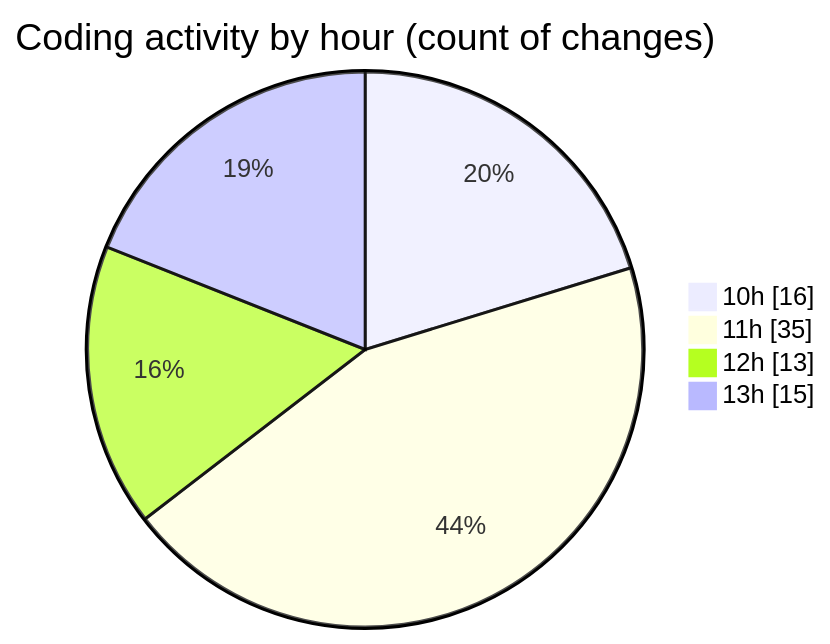
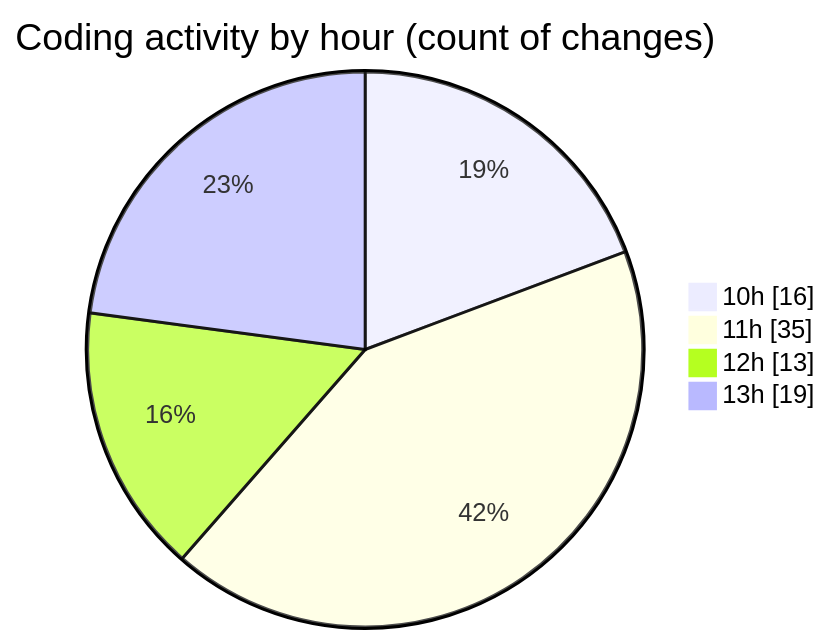
The second of 2 diagrams in 2025-02-20/micros/README.md (charlie-sans/code-tracking), drawn with Mermaid before and after one commit. The commit also changed other lines of this file and 1 other file, not shown here.

````diff
--- a/2025-02-20/micros/README.md
+++ b/2025-02-20/micros/README.md
@@ -50,8 +50,8 @@
 ```mermaid
 pie showData
 title Coding activity by hour (count of changes)
 "10h" : 16
 "11h" : 35
 "12h" : 13
-"13h" : 15
+"13h" : 19
 ```
````
